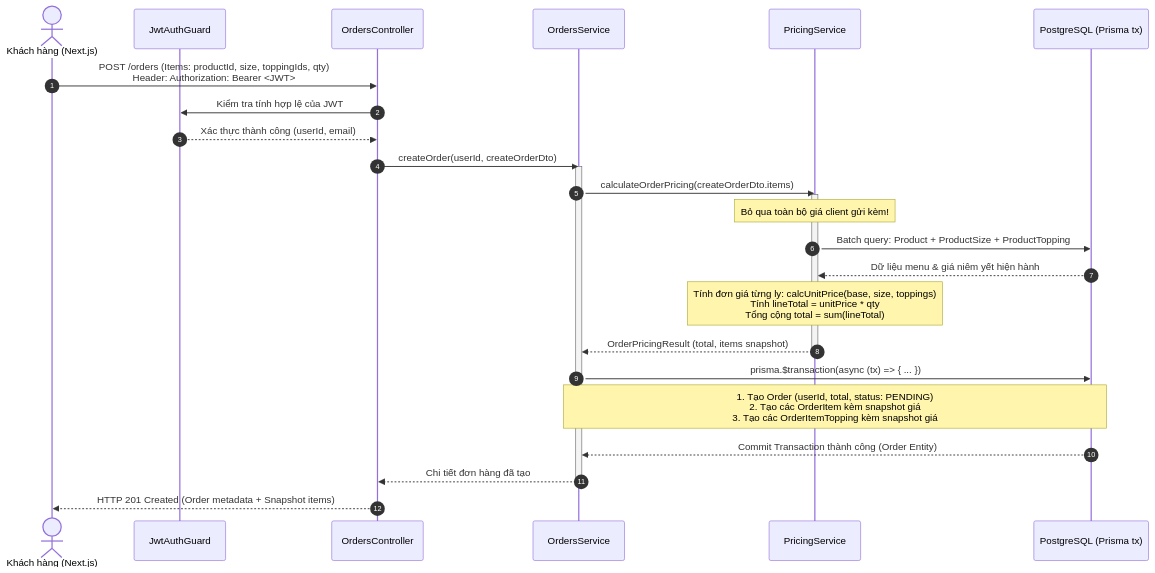
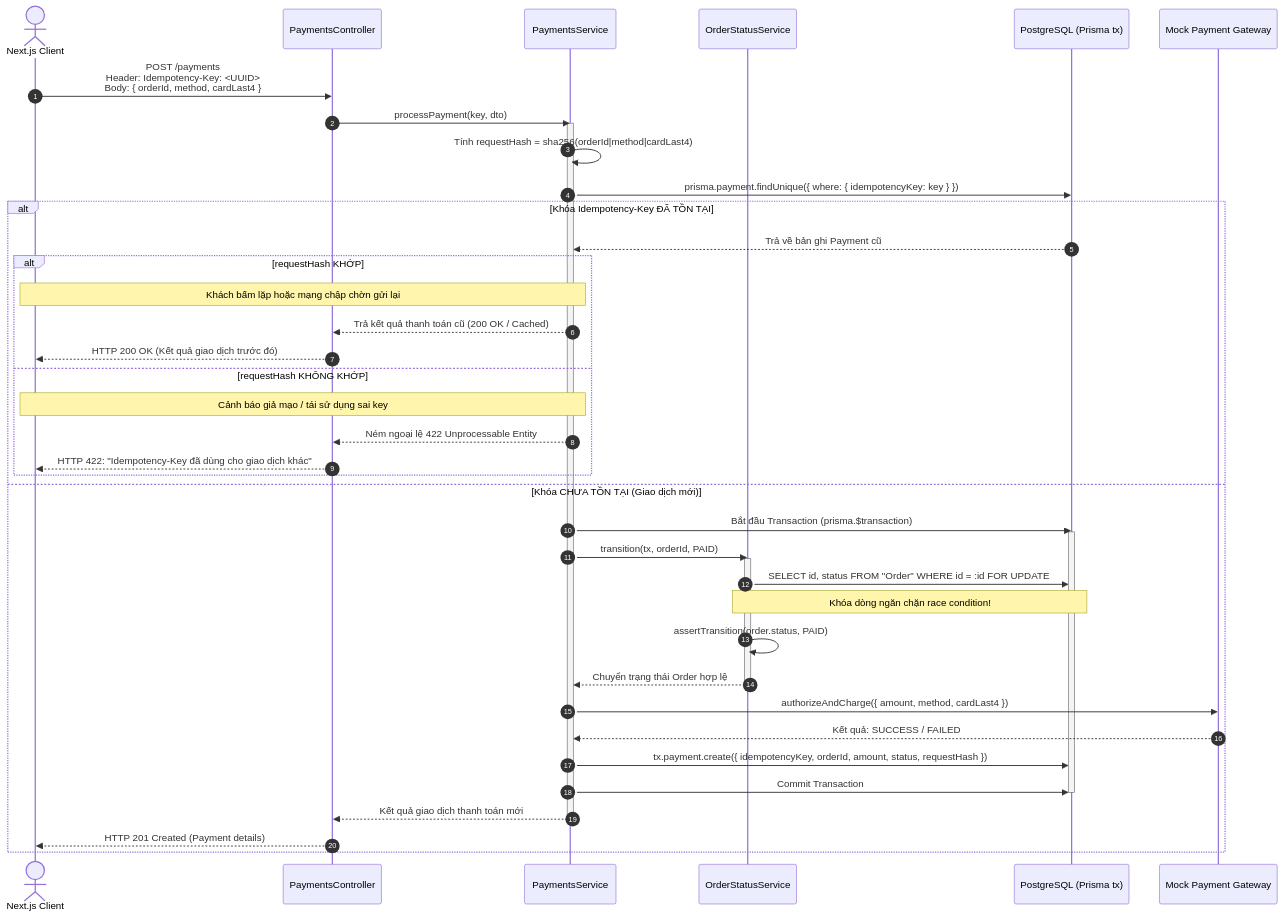
The fourth of 5 diagrams in docs/architecture.md (Minh628/BrewLite), drawn with Mermaid before and after one commit. The commit also changed other lines of this file and 1 other file, not shown here.

Commit message:
docs(architecture): update architecture v3 and add ADR-003 for state machine and idempotency

````diff
--- a/docs/architecture.md
+++ b/docs/architecture.md
@@ -463,33 +294,51 @@
 ```mermaid
 sequenceDiagram
     autonumber
-    actor Client as Khách hàng (Next.js)
-    participant AuthGuard as JwtAuthGuard
-    participant OrderCtrl as OrdersController
-    participant OrderServ as OrdersService
-    participant PriceServ as PricingService
+    actor Client as Next.js Client
+    participant Ctrl as PaymentsController
+    participant Serv as PaymentsService
+    participant StatusServ as OrderStatusService
     participant DB as PostgreSQL (Prisma tx)
+    participant Gateway as Mock Payment Gateway
 
-    Client->>OrderCtrl: POST /orders (Items: productId, size, toppingIds, qty)<br>Header: Authorization: Bearer <JWT>
-    OrderCtrl->>AuthGuard: Kiểm tra tính hợp lệ của JWT
-    AuthGuard-->>OrderCtrl: Xác thực thành công (userId, email)
-    OrderCtrl->>OrderServ: createOrder(userId, createOrderDto)
-    activate OrderServ
+    Client->>Ctrl: POST /payments<br>Header: Idempotency-Key: <UUID><br>Body: { orderId, method, cardLast4 }
+    Ctrl->>Serv: processPayment(key, dto)
+    activate Serv
 
-    OrderServ->>PriceServ: calculateOrderPricing(createOrderDto.items)
-    activate PriceServ
-    Note over PriceServ: Bỏ qua toàn bộ giá client gửi kèm!
-    PriceServ->>DB: Batch query: Product + ProductSize + ProductTopping
-    DB-->>PriceServ: Dữ liệu menu & giá niêm yết hiện hành
-    Note over PriceServ: Tính đơn giá từng ly: calcUnitPrice(base, size, toppings)<br>Tính lineTotal = unitPrice * qty<br>Tổng cộng total = sum(lineTotal)
-    PriceServ-->>OrderServ: OrderPricingResult (total, items snapshot)
-    deactivate PriceServ
+    Serv->>Serv: Tính requestHash = sha256(orderId|method|cardLast4)
+    Serv->>DB: prisma.payment.findUnique({ where: { idempotencyKey: key } })
 
-    OrderServ->>DB: prisma.$transaction(async (tx) => { ... })
-    Note over OrderServ,DB: 1. Tạo Order (userId, total, status: PENDING)<br>2. Tạo các OrderItem kèm snapshot giá<br>3. Tạo các OrderItemTopping kèm snapshot giá
-    DB-->>OrderServ: Commit Transaction thành công (Order Entity)
-    OrderServ-->>OrderCtrl: Chi tiết đơn hàng đã tạo
-    deactivate OrderServ
+    alt Khóa Idempotency-Key ĐÃ TỒN TẠI
+        DB-->>Serv: Trả về bản ghi Payment cũ
+        alt requestHash KHỚP
+            Note over Serv,Client: Khách bấm lặp hoặc mạng chập chờn gửi lại
+            Serv-->>Ctrl: Trả kết quả thanh toán cũ (200 OK / Cached)
+            Ctrl-->>Client: HTTP 200 OK (Kết quả giao dịch trước đó)
+        else requestHash KHÔNG KHỚP
+            Note over Serv,Client: Cảnh báo giả mạo / tái sử dụng sai key
+            Serv-->>Ctrl: Ném ngoại lệ 422 Unprocessable Entity
+            Ctrl-->>Client: HTTP 422: "Idempotency-Key đã dùng cho giao dịch khác"
+        end
+    else Khóa CHƯA TỒN TẠI (Giao dịch mới)
+        Serv->>DB: Bắt đầu Transaction (prisma.$transaction)
+        activate DB
+        Serv->>StatusServ: transition(tx, orderId, PAID)
+        activate StatusServ
+        StatusServ->>DB: SELECT id, status FROM "Order" WHERE id = :id FOR UPDATE
+        Note over StatusServ,DB: Khóa dòng ngăn chặn race condition!
+        StatusServ->>StatusServ: assertTransition(order.status, PAID)
+        StatusServ-->>Serv: Chuyển trạng thái Order hợp lệ
+        deactivate StatusServ
 
-    OrderCtrl-->>Client: HTTP 201 Created (Order metadata + Snapshot items)
+        Serv->>Gateway: authorizeAndCharge({ amount, method, cardLast4 })
+        Gateway-->>Serv: Kết quả: SUCCESS / FAILED
+
+        Serv->>DB: tx.payment.create({ idempotencyKey, orderId, amount, status, requestHash })
+        Serv->>DB: Commit Transaction
+        deactivate DB
+
+        Serv-->>Ctrl: Kết quả giao dịch thanh toán mới
+        deactivate Serv
+        Ctrl-->>Client: HTTP 201 Created (Payment details)
+    end
 ```
````
